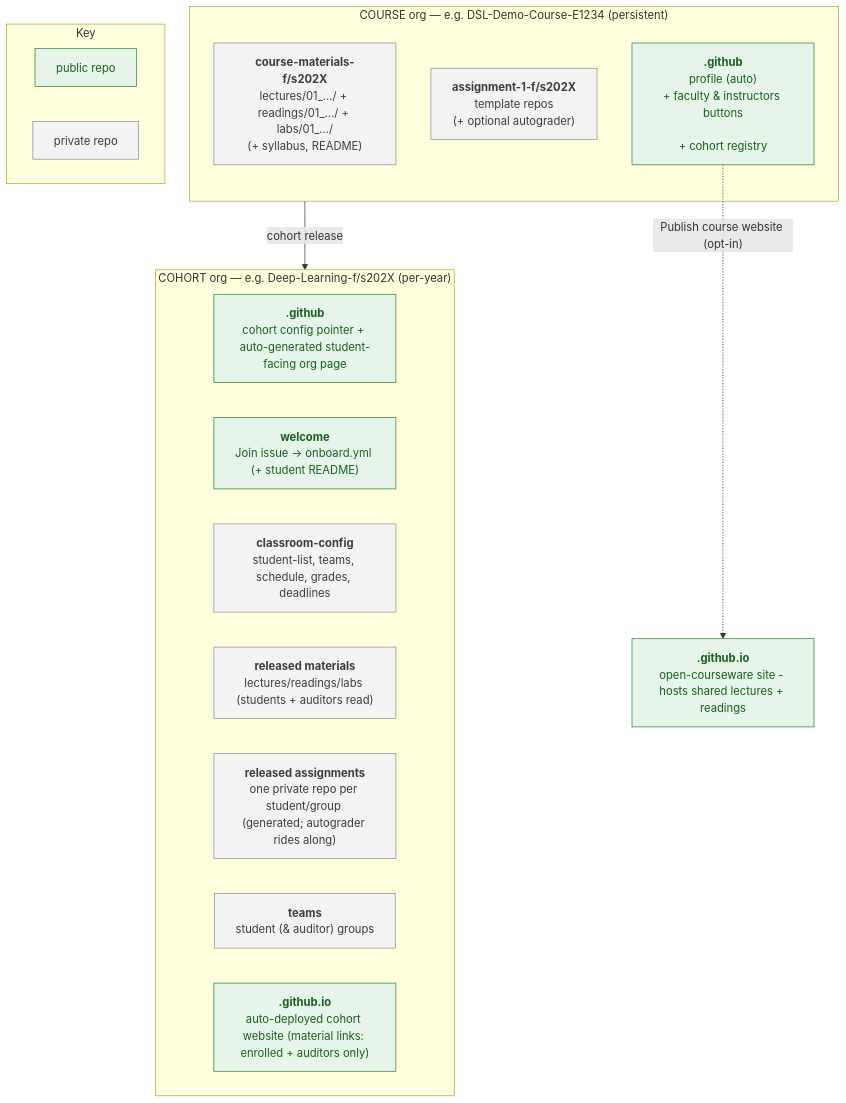
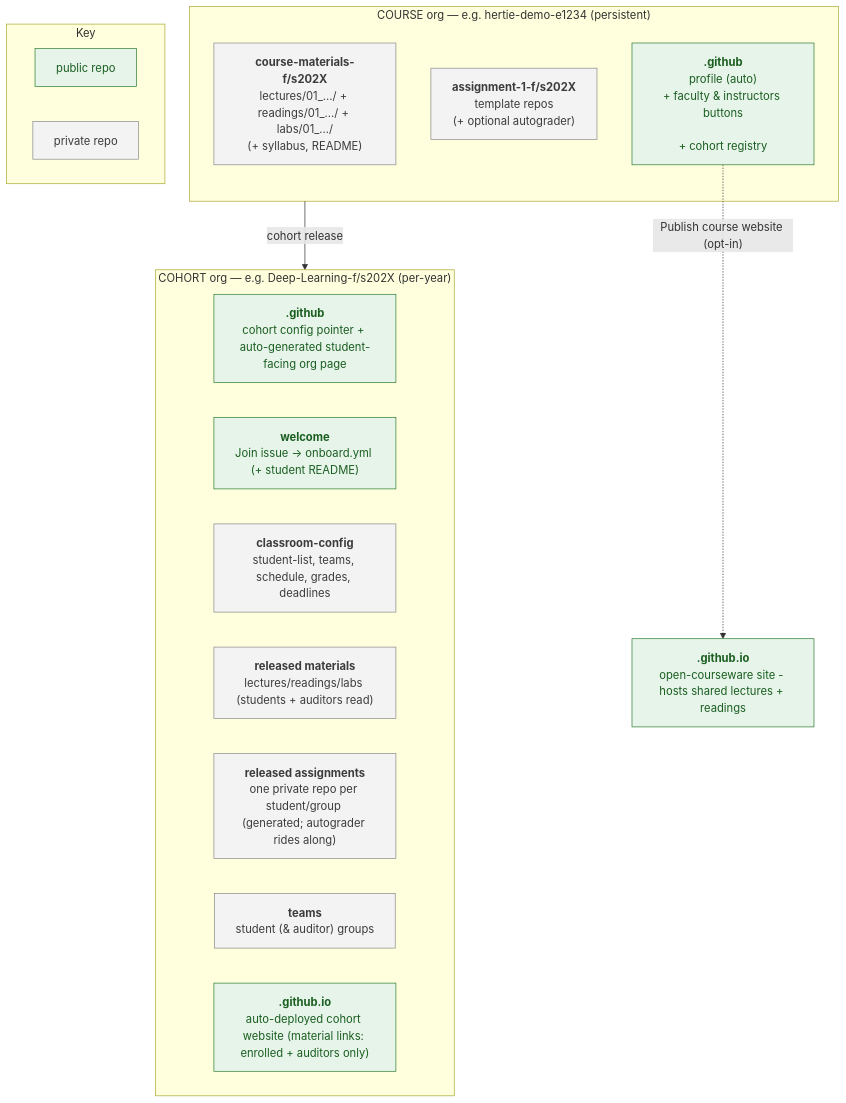
The diagram in README.md (hertie-data-science-lab/dsl-teaching-course-setup), drawn with Mermaid before and after one commit. The commit also changed other lines of this file and 25 other files, not shown here.

First line of the commit message:
docs: adopt the hertie- org naming convention

````diff
--- a/README.md
+++ b/README.md
@@ -39,63 +39,63 @@
 ```mermaid
 flowchart TB
-  subgraph COURSE["COURSE org — e.g. DSL-Demo-Course-E1234 (persistent)"]
+  subgraph COURSE["COURSE org — e.g. hertie-demo-e1234 (persistent)"]
     mat["`**course-materials-f/s202X**
 
 lectures/01_.../ + readings/01_.../ + labs/01_.../
 
 (+ syllabus, README)`"]
     tmpl["`**assignment-1-f/s202X**
 
 template repos
 
 (+ optional autograder)`"]
     gh["`**.github**
 
 profile (auto)
 
 + faculty & instructors buttons
 
 + cohort registry`"]
   end
 
   subgraph COHORT["COHORT org — e.g. Deep-Learning-f/s202X (per-year)"]
     cgh["`**.github**
 
 cohort config pointer + auto-generated student-facing org page`"]
     welcome["`**welcome**
 
 Join issue → onboard.yml (+ student README)`"]
     cfg["`**classroom-config**
 
 student-list, teams, schedule, grades, deadlines`"]
     cmat["`**released materials**
 
 lectures/readings/labs (students + auditors read)`"]
     repos["`**released assignments**
 
 one private repo per student/group (generated; autograder rides along)`"]
     team["`**teams**
 
 student (& auditor) groups`"]
     site["`**<cohort>.github.io**
 
 auto-deployed cohort website (material links: enrolled + auditors only)`"]
   end
 
   pub["`**<course-org>.github.io**
 
 open-courseware site - hosts shared lectures + readings`"]
 
   COURSE -->|"cohort release"| COHORT
   gh -.->|"Publish course website (opt-in)"| pub
 
   subgraph KEY["Key"]
     keypub["public repo"]
     keypriv["private repo"]
   end
 
   classDef public fill:#e6f4ea,stroke:#2e7d32,color:#1b5e20;
   classDef private fill:#f3f3f3,stroke:#8a8a8a,color:#3c3c3c;
   class gh,cgh,welcome,site,pub,keypub public;
   class mat,tmpl,cfg,cmat,repos,team,keypriv private;
 ```
````
